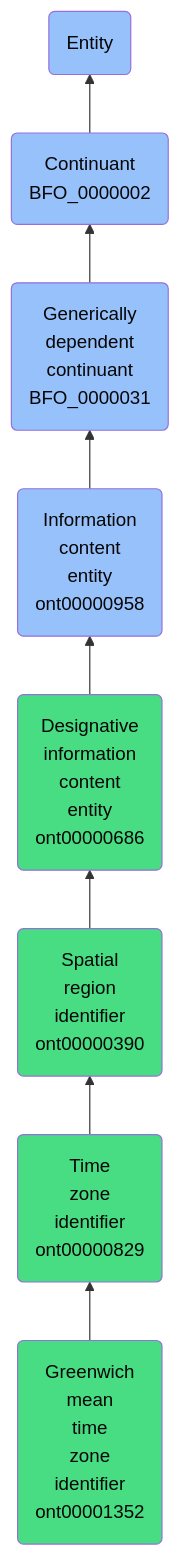
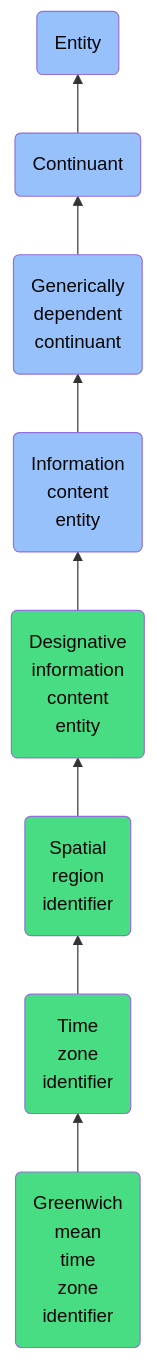
One commit to jupyter-naas/abi changed the diagram in docs/ontology/reference/model/Entity/Continuant/Generically dependent continuant/Information content entity/Designative information content entity/Spatial region identifier/Time zone identifier/Greenwich mean time zone identifier/Greenwich mean time zone identifier.md. Above: the diagram before and after it, drawn with Mermaid. The commit also changed other lines of this file and 1430 other files, not shown here.

````diff
--- a/docs/ontology/reference/model/Entity/Continuant/Generically dependent continuant/Information content entity/Designative information content entity/Spatial region identifier/Time zone identifier/Greenwich mean time zone identifier/Greenwich mean time zone identifier.md
+++ b/docs/ontology/reference/model/Entity/Continuant/Generically dependent continuant/Information content entity/Designative information content entity/Spatial region identifier/Time zone identifier/Greenwich mean time zone identifier/Greenwich mean time zone identifier.md
@@ -24,15 +24,15 @@
 ```mermaid
 graph BT
-    ont00001352(Greenwich<br>mean<br>time<br>zone<br>identifier<br>ont00001352):::ABI-->ont00000829
-    ont00000829(Time<br>zone<br>identifier<br>ont00000829):::ABI-->ont00000390
-    ont00000390(Spatial<br>region<br>identifier<br>ont00000390):::ABI-->ont00000686
-    ont00000686(Designative<br>information<br>content<br>entity<br>ont00000686):::ABI-->ont00000958
-    ont00000958(Information<br>content<br>entity<br>ont00000958):::BFO-->BFO_0000031
-    BFO_0000031(Generically<br>dependent<br>continuant<br>BFO_0000031):::BFO-->BFO_0000002
-    BFO_0000002(Continuant<br>BFO_0000002):::BFO-->BFO_0000001
+    ont00001352(Greenwich<br>mean<br>time<br>zone<br>identifier):::ABI-->ont00000829
+    ont00000829(Time<br>zone<br>identifier):::ABI-->ont00000390
+    ont00000390(Spatial<br>region<br>identifier):::ABI-->ont00000686
+    ont00000686(Designative<br>information<br>content<br>entity):::ABI-->ont00000958
+    ont00000958(Information<br>content<br>entity):::BFO-->BFO_0000031
+    BFO_0000031(Generically<br>dependent<br>continuant):::BFO-->BFO_0000002
+    BFO_0000002(Continuant):::BFO-->BFO_0000001
     BFO_0000001(Entity):::BFO
     
     classDef BFO fill:#97c1fb,color:#060606
     classDef CCO fill:#e4c51e,color:#060606
     classDef ABI fill:#48DD82,color:#060606
 ```
````
